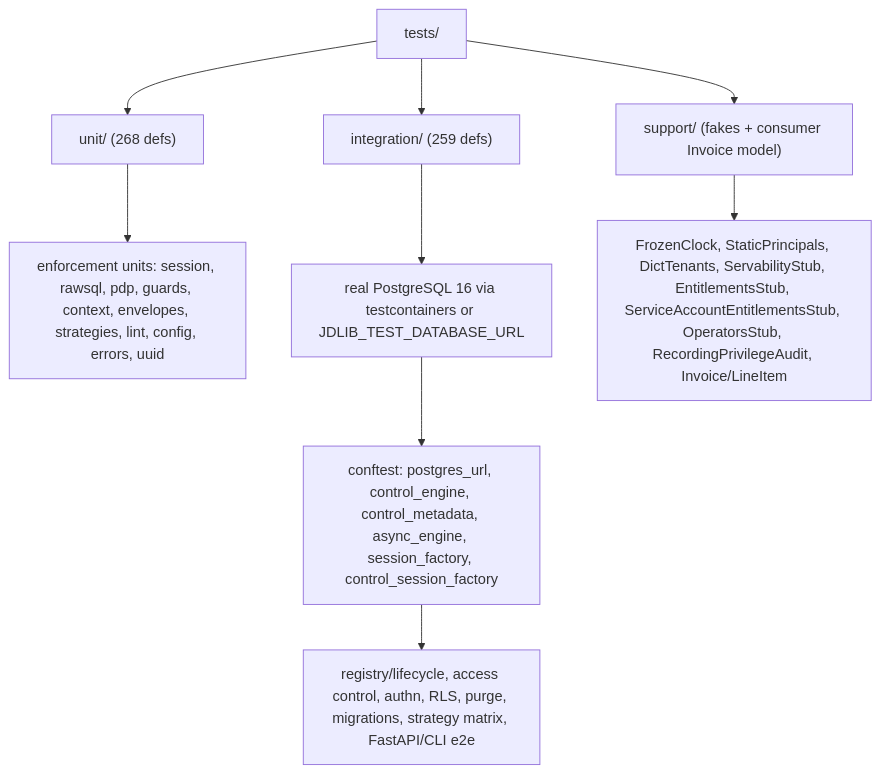
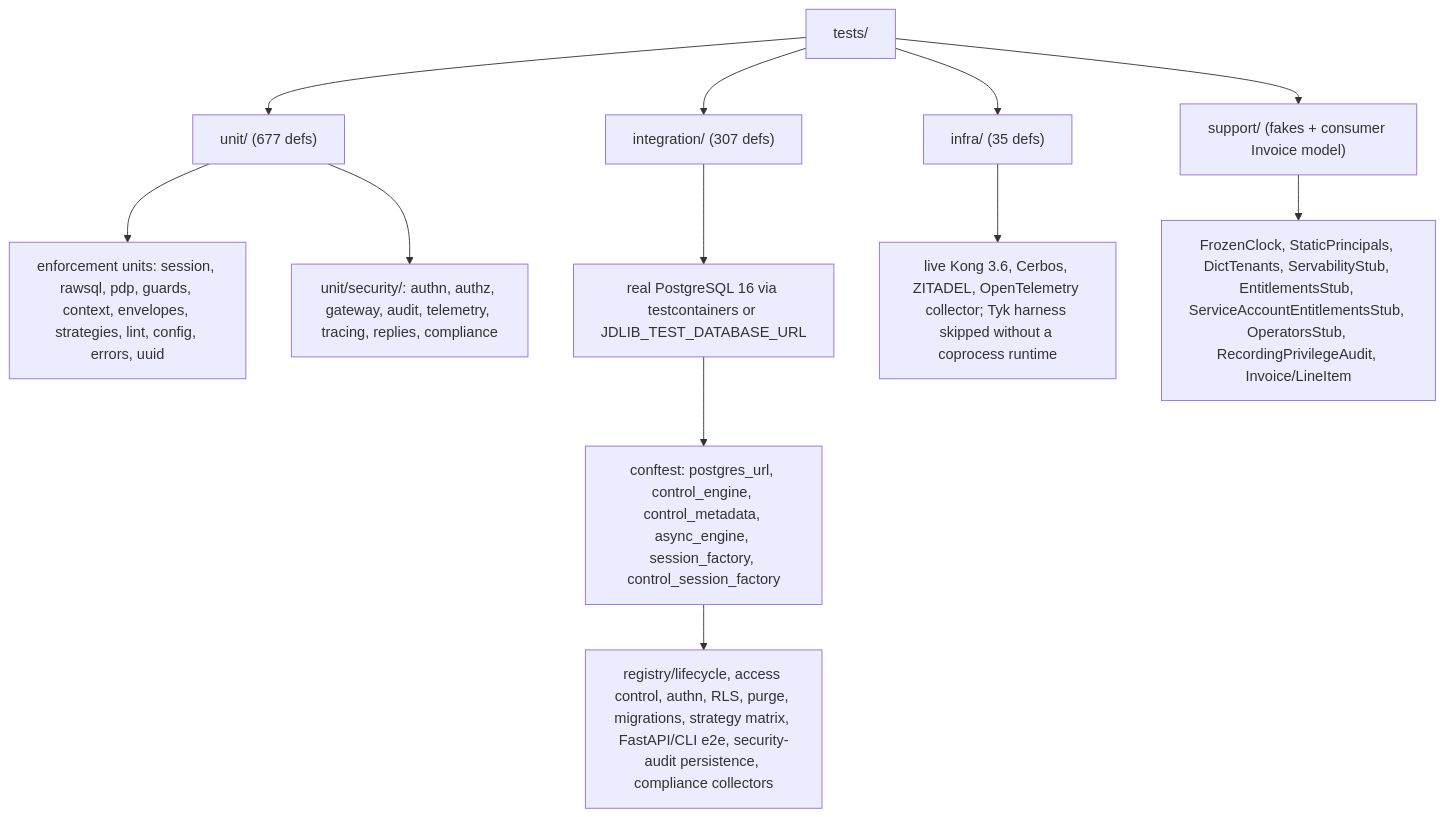
One commit to Abdul-Jaweed/jdlib changed diagram 19 of 27 in JDLib-Architecture.md. Above: the diagram before and after it, drawn with Mermaid. The commit also changed other lines of this file and 8 other files, not shown here.

````diff
--- a/JDLib-Architecture.md
+++ b/JDLib-Architecture.md
@@ -3667,12 +4021,15 @@
 ```mermaid
 graph TB
-    TS["tests/"] --> U["unit/ (268 defs)"]
-    TS --> I["integration/ (259 defs)"]
+    TS["tests/"] --> U["unit/ (677 defs)"]
+    TS --> I["integration/ (307 defs)"]
+    TS --> N["infra/ (35 defs)"]
     TS --> S["support/ (fakes + consumer Invoice model)"]
 
     U --> U1["enforcement units: session, rawsql, pdp, guards, context, envelopes, strategies, lint, config, errors, uuid"]
+    U --> U2["unit/security/: authn, authz, gateway, audit, telemetry, tracing, replies, compliance"]
     I --> I1["real PostgreSQL 16 via testcontainers or JDLIB_TEST_DATABASE_URL"]
     I1 --> I2["conftest: postgres_url, control_engine, control_metadata, async_engine, session_factory, control_session_factory"]
-    I2 --> I3["registry/lifecycle, access control, authn, RLS, purge, migrations, strategy matrix, FastAPI/CLI e2e"]
+    I2 --> I3["registry/lifecycle, access control, authn, RLS, purge, migrations, strategy matrix, FastAPI/CLI e2e, security-audit persistence, compliance collectors"]
+    N --> N1["live Kong 3.6, Cerbos, ZITADEL, OpenTelemetry collector; Tyk harness skipped without a coprocess runtime"]
     S --> S1["FrozenClock, StaticPrincipals, DictTenants, ServabilityStub, EntitlementsStub, ServiceAccountEntitlementsStub, OperatorsStub, RecordingPrivilegeAudit, Invoice/LineItem"]
 ```
````
